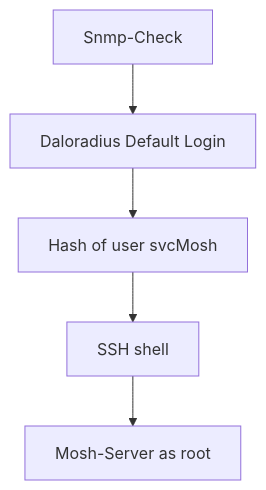
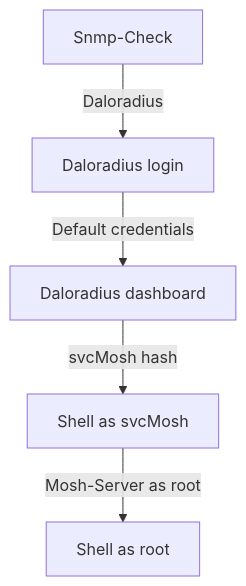
Before and after one commit to Pre4ch3r/Hacking: the diagram in content/Underpass/Underpass HTB Write-up_en.md, drawn with Mermaid. The commit also changed 2 other files, not shown here.

Commit message:
Planning walkthrough em pt_BR pronta. Mudanças no diagrama mermaid do Underpass writeup

````diff
--- a/content/Underpass/Underpass HTB Write-up_en.md
+++ b/content/Underpass/Underpass HTB Write-up_en.md
@@ -240,7 +240,7 @@
 ```mermaid
-graph TD
- A[ Snmp-Check] --> B[Daloradius Default Login]
- B --> C[Hash of user svcMosh]
- C --> D[SSH shell]
- D --> E[Mosh-Server as root]
+flowchart TD
+    A[Snmp-Check] -->|Daloradius| B[Daloradius login]
+    B -->|Default credentials| C[Daloradius dashboard]
+    C -->|svcMosh hash| D[Shell as svcMosh]
+    D -->|Mosh-Server as root| E[Shell as root]
 ```
````
